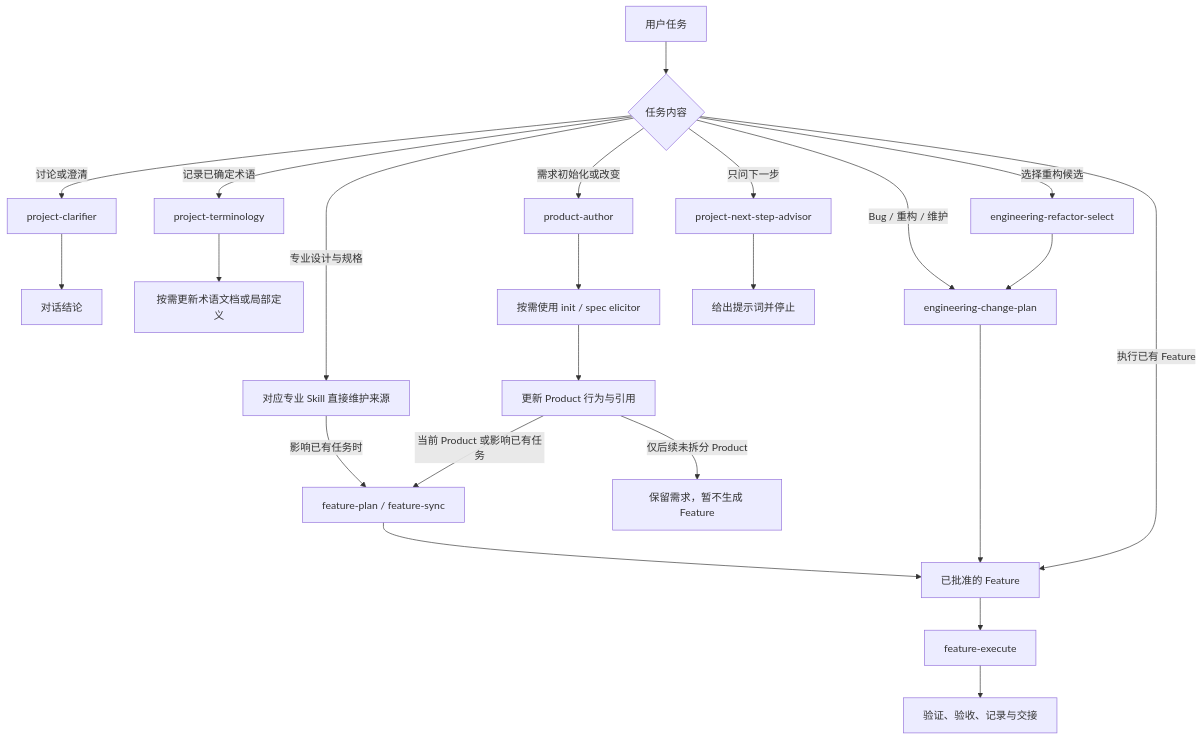
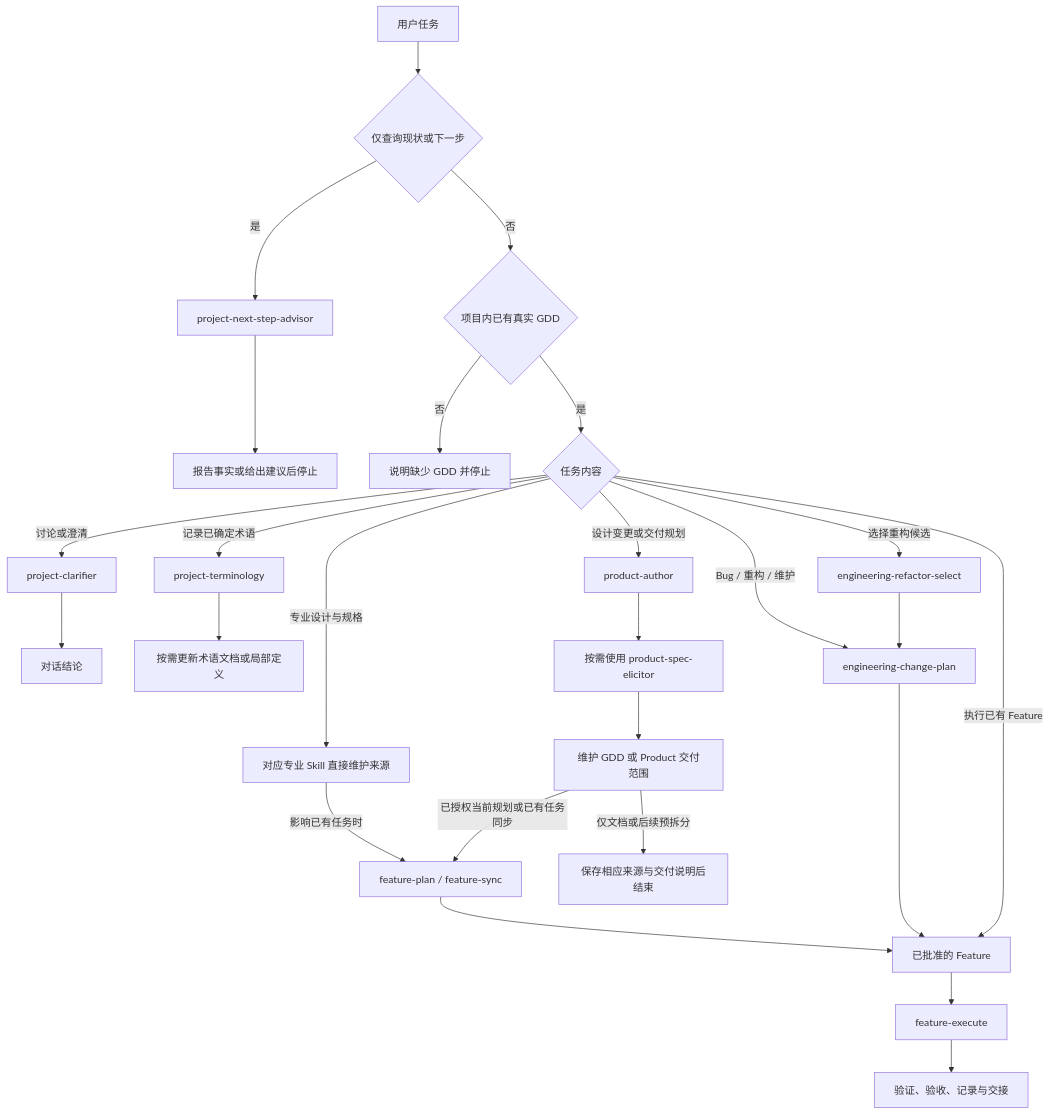
The first of 2 diagrams in project-source/Project_README.md (yxy823/Game_idle_yaya_frame), drawn with Mermaid before and after one commit. The commit also changed other lines of this file and 105 other files, not shown here.

First line of the commit message:
feat(workflow): 以 GDD 为设计来源逐个交付 Product

````diff
--- a/project-source/Project_README.md
+++ b/project-source/Project_README.md
@@ -91,25 +93,28 @@
 ```mermaid
 flowchart TD
-    U[用户任务] --> Q{任务内容}
+    U[用户任务] --> SQ{仅查询现状或下一步}
+    SQ -->|是| A[project-next-step-advisor]
+    A --> H[报告事实或给出建议后停止]
+    SQ -->|否| G{项目内已有真实 GDD}
+    G -->|否| Z[说明缺少 GDD 并停止]
+    G -->|是| Q{任务内容}
     Q -->|讨论或澄清| C[project-clarifier]
     C --> O[对话结论]
     Q -->|记录已确定术语| T[project-terminology]
     T --> K[按需更新术语文档或局部定义]
-    Q -->|需求初始化或改变| P[product-author]
-    P --> I[按需使用 init / spec elicitor]
-    I --> D[更新 Product 行为与引用]
+    Q -->|设计变更或交付规划| P[product-author]
+    P --> I[按需使用 product-spec-elicitor]
+    I --> D[维护 GDD 或 Product 交付范围]
     Q -->|专业设计与规格| V[对应专业 Skill 直接维护来源]
     V -->|影响已有任务时| L
-    D -->|当前 Product 或影响已有任务| L[feature-plan / feature-sync]
-    D -->|仅后续未拆分 Product| B[保留需求，暂不生成 Feature]
+    D -->|已授权当前规划或已有任务同步| L[feature-plan / feature-sync]
+    D -->|仅文档或后续预拆分| B[保存相应来源与交付说明后结束]
     Q -->|Bug / 重构 / 维护| E[engineering-change-plan]
     Q -->|选择重构候选| S[engineering-refactor-select]
     S --> E
-    Q -->|只问下一步| A[project-next-step-advisor]
-    A --> H[给出提示词并停止]
     L --> F[已批准的 Feature]
     E --> F
     Q -->|执行已有 Feature| F
     F --> X[feature-execute]
     X --> R[验证、验收、记录与交接]
 ```
````
